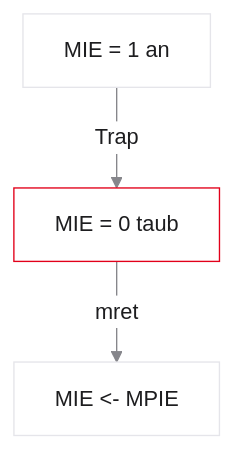
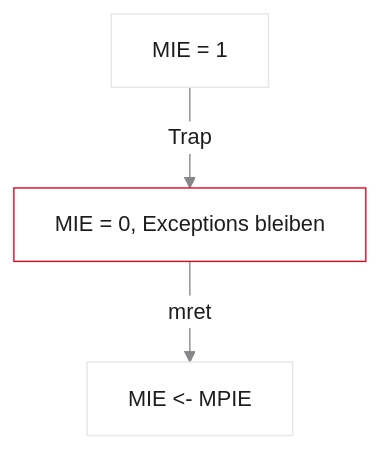
One commit to dantschi/mct1 changed diagram 14 of 20 in vorlesungen/08_io-systemarchitektur.qmd. Above: the diagram before and after it, drawn with Mermaid. The commit also changed other lines of this file and 5 other files, not shown here.

````diff
--- a/vorlesungen/08_io-systemarchitektur.qmd
+++ b/vorlesungen/08_io-systemarchitektur.qmd
@@ -843,11 +975,11 @@
 ```{mermaid}
 %%| fig-width: 3.5
 %%{init: {'theme': 'base', 'themeVariables': {'background': '#FFFFFF', 'primaryColor': '#FFFFFF', 'primaryBorderColor': '#E5E5EA', 'primaryTextColor': '#1D1D1F', 'lineColor': '#86868B', 'secondaryColor': '#F5F5F7', 'tertiaryColor': '#FFFFFF', 'mainBkg': '#FFFFFF', 'nodeBorder': '#E5E5EA', 'clusterBkg': '#F5F5F7', 'clusterBorder': '#E5E5EA', 'titleColor': '#1D1D1F', 'edgeLabelBackground': '#FFFFFF'}}}%%
 
 graph TD
-  ON[MIE = 1 an] -->|Trap| OFF[MIE = 0 taub]
+  ON[MIE = 1] -->|Trap| OFF[MIE = 0, Exceptions bleiben]
   OFF -->|mret| ON2[MIE <- MPIE]
   style OFF fill:#FFFFFF,stroke:#E2001A,stroke-width:2px !important
   style ON fill:#FFFFFF,stroke:#E5E5EA,stroke-width:1.5px !important
   style ON2 fill:#FFFFFF,stroke:#E5E5EA,stroke-width:1.5px !important
 ```
````
